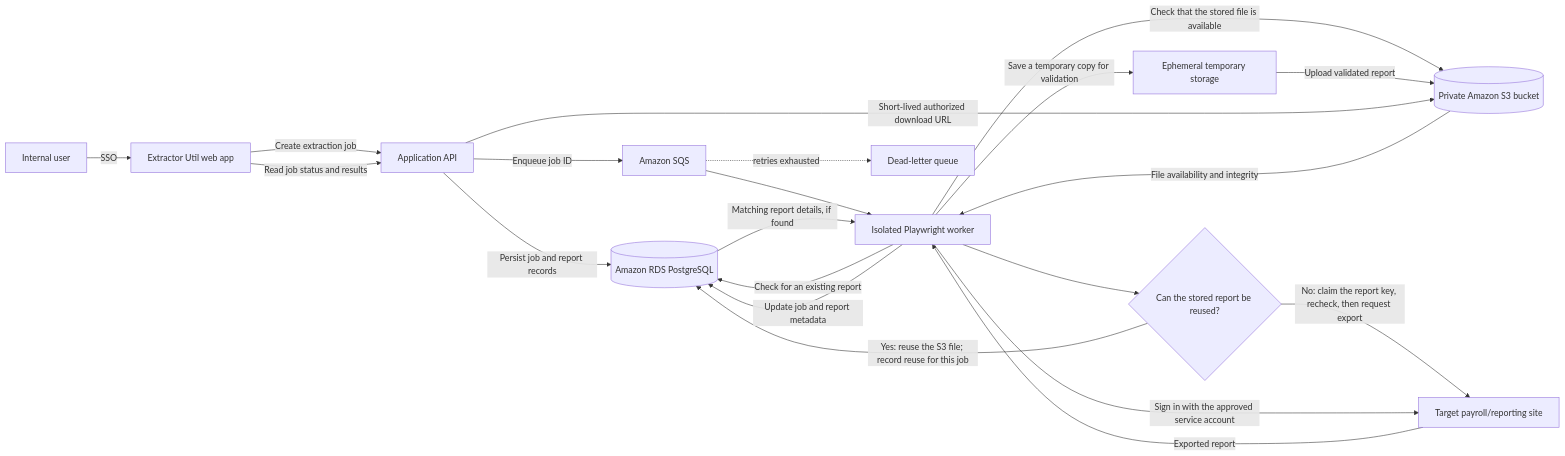
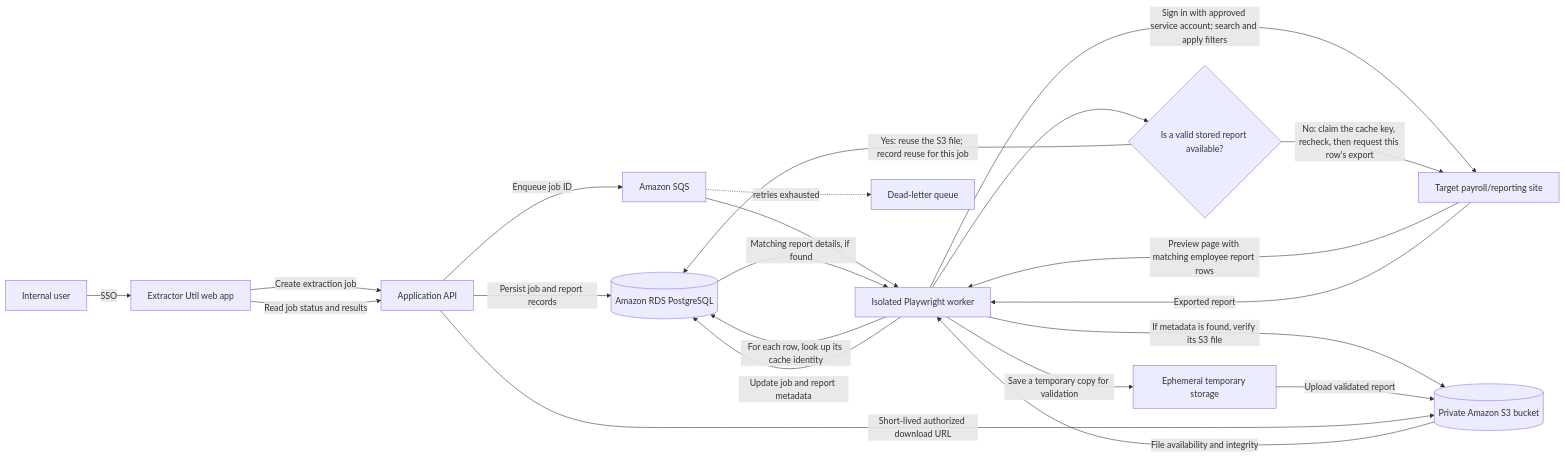
The diagram in solution-design.md (karthiks2k/extractor-util), drawn with Mermaid before and after one commit.

Commit message:
updated solution md file

````diff
--- a/solution-design.md
+++ b/solution-design.md
@@ -33,23 +33,24 @@
 ```mermaid
 flowchart LR
     User[Internal user] -->|SSO| UI[Extractor Util web app]
     UI -->|Create extraction job| API[Application API]
     API -->|Persist job and report records| DB[(Amazon RDS PostgreSQL)]
     API -->|Enqueue job ID| Queue[Amazon SQS]
     Queue --> Worker[Isolated Playwright worker]
-    Worker -->|Check for an existing report| DB
+    Worker -->|Sign in with approved service account; search and apply filters| Target[Target payroll/reporting site]
+    Target -->|Preview page with matching employee report rows| Worker
+    Worker -->|For each row, look up its cache identity| DB
     DB -->|Matching report details, if found| Worker
-    Worker -->|Check that the stored file is available| S3[(Private Amazon S3 bucket)]
+    Worker -->|If metadata is found, verify its S3 file| S3[(Private Amazon S3 bucket)]
     S3 -->|File availability and integrity| Worker
-    Worker --> Cache{Can the stored report be reused?}
+    Worker --> Cache{Is a valid stored report available?}
     Cache -->|Yes: reuse the S3 file; record reuse for this job| DB
-    Cache -->|No: claim the report key, recheck, then request export| Target[Target payroll/reporting site]
-    Worker -->|Sign in with the approved service account| Target
+    Cache -->|No: claim the cache key, recheck, then request this row's export| Target
     Target -->|Exported report| Worker
     Worker -->|Save a temporary copy for validation| Temp[Ephemeral temporary storage]
     Temp -->|Upload validated report| S3
     Worker -->|Update job and report metadata| DB
     UI -->|Read job status and results| API
     API -->|Short-lived authorized download URL| S3
     Queue -. retries exhausted .-> DLQ[Dead-letter queue]
 ```
````
